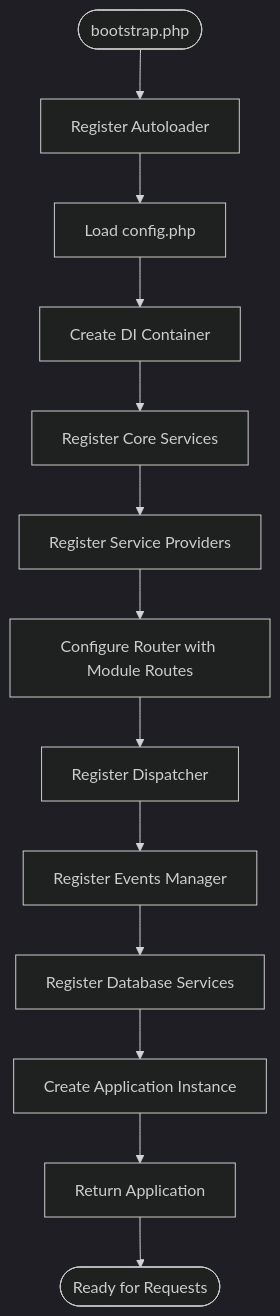
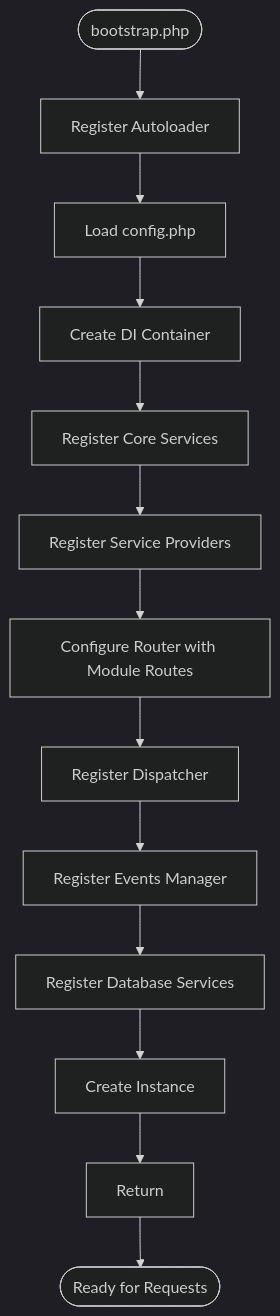
Before and after one commit to andrfilipenk/new: the fourth of 6 diagrams in .qoder/repowiki/en/content/Core Architecture/Application Lifecycle.md, drawn with Mermaid (dark theme). The commit also changed other lines of this file and 44 other files, not shown here.

````diff
--- a/.qoder/repowiki/en/content/Core Architecture/Application Lifecycle.md
+++ b/.qoder/repowiki/en/content/Core Architecture/Application Lifecycle.md
@@ -132,15 +132,15 @@
 ```mermaid
 flowchart TD
 Start([bootstrap.php]) --> Autoload["Register Autoloader"]
 Autoload --> Config["Load config.php"]
 Config --> Container["Create DI Container"]
 Container --> Services["Register Core Services"]
 Services --> Providers["Register Service Providers"]
 Providers --> Router["Configure Router with Module Routes"]
 Router --> Dispatcher["Register Dispatcher"]
 Dispatcher --> Events["Register Events Manager"]
 Events --> DB["Register Database Services"]
-DB --> App["Create Application Instance"]
-App --> Return["Return Application"]
+DB --> App["Create  Instance"]
+App --> Return["Return "]
 Return --> End([Ready for Requests])
 ```
````
